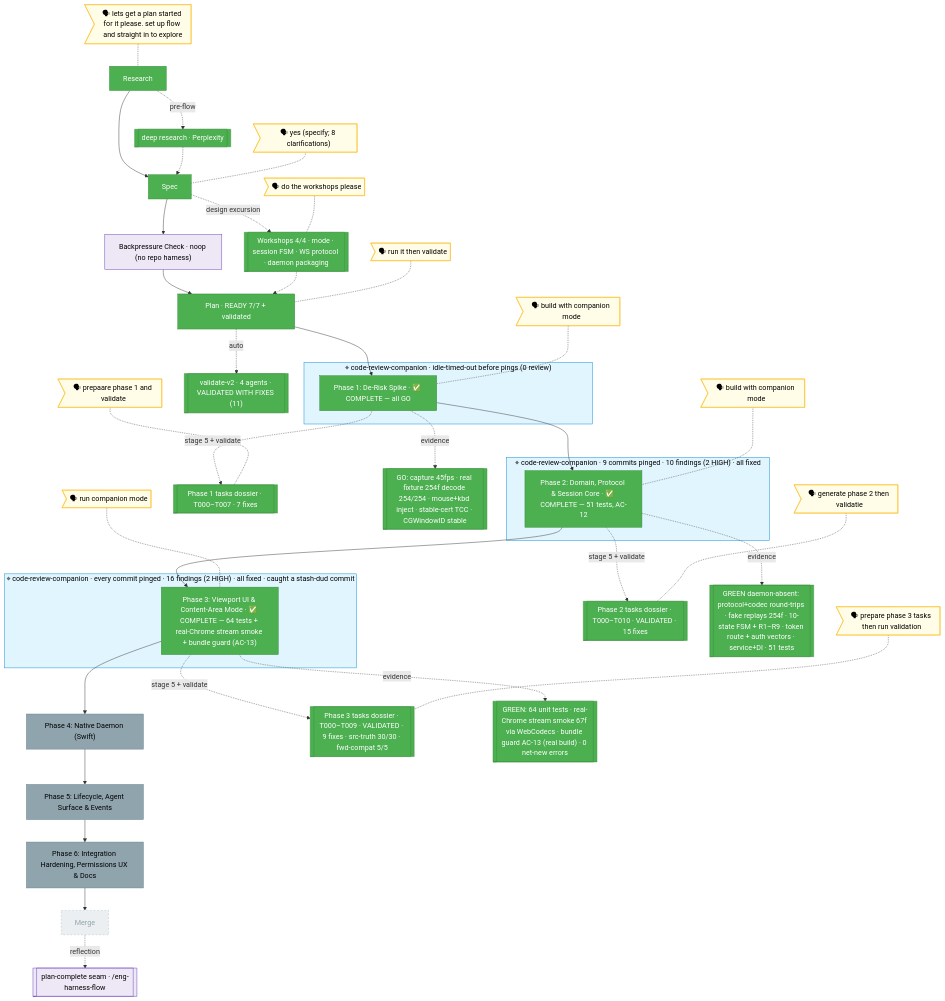
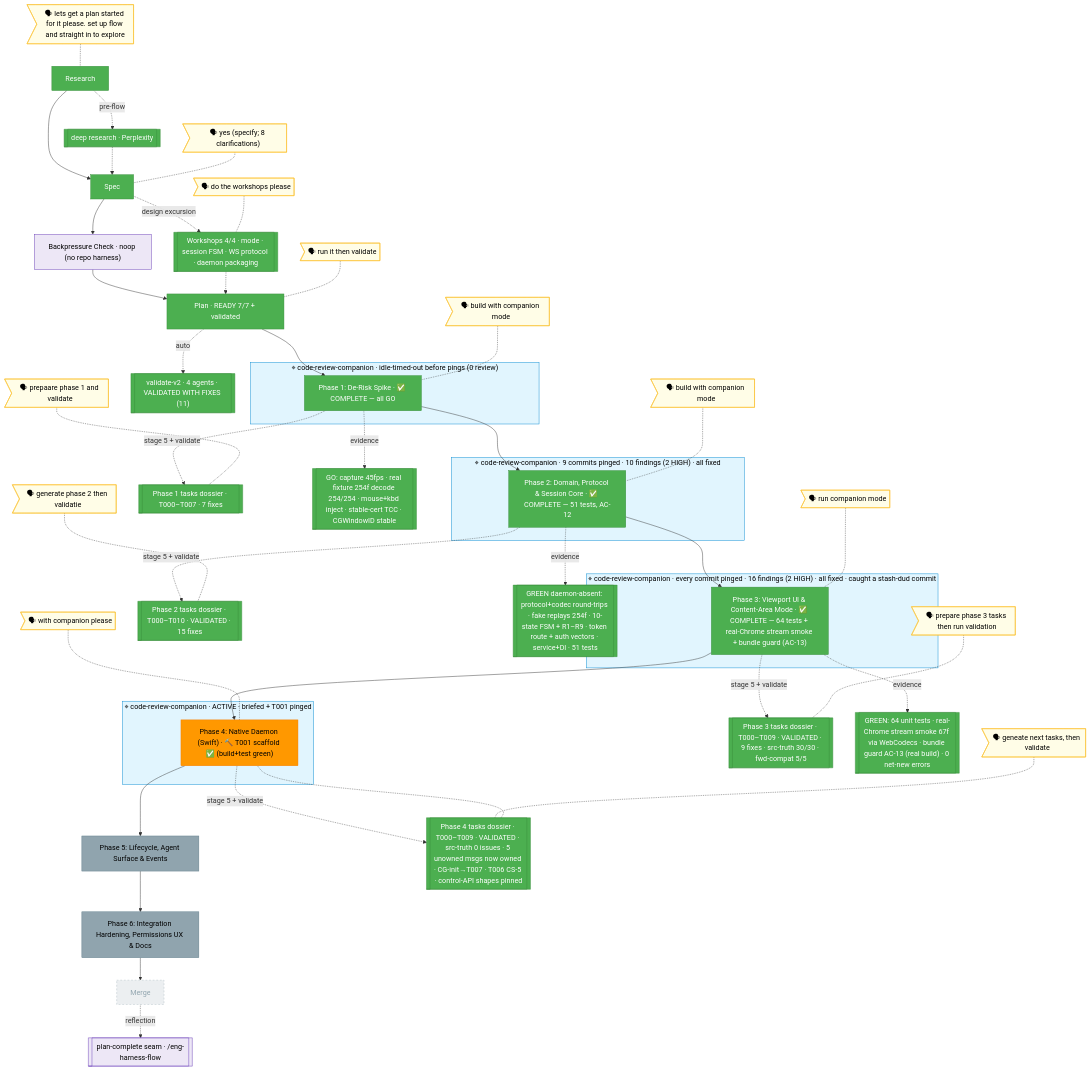
One commit to AI-Substrate/chainglass changed the diagram in docs/plans/088-remote-app-view/the-flow.md. Above: the diagram before and after it, drawn with Mermaid. The commit also changed other lines of this file and 2 other files, not shown here.

Commit message:
docs(remote-view): Phase 4 start — flight-plan + state (companion run 69f6, T001 scaffold) (Plan 088)

````diff
--- a/docs/plans/088-remote-app-view/the-flow.md
+++ b/docs/plans/088-remote-app-view/the-flow.md
@@ -7,65 +7,75 @@
 ```mermaid
 flowchart TD
     classDef done    fill:#4CAF50,stroke:#388E3C,color:#fff
     classDef wip     fill:#FF9800,stroke:#F57C00,color:#000
     classDef blocked fill:#F44336,stroke:#D32F2F,color:#fff
     classDef known   fill:#90A4AE,stroke:#607D8B,color:#000
     classDef assumed fill:#ECEFF1,stroke:#B0BEC5,color:#90A4AE,stroke-dasharray:4 4
     classDef said    fill:#FFFDE7,stroke:#FBC02D,color:#000
     classDef harness fill:#EDE7F6,stroke:#673AB7,color:#000
     classDef companion fill:#E1F5FE,stroke:#0288D1,color:#000
 
     %% ── spine ──
     R[Research]:::done --> S[Spec]:::done --> BP["Backpressure Check · noop (no repo harness)"]:::harness --> PL["Plan · READY 7/7 + validated"]:::done
-    PL --> P1["Phase 1: De-Risk Spike · ✅ COMPLETE — all GO"]:::done --> P2["Phase 2: Domain, Protocol & Session Core · ✅ COMPLETE — 51 tests, AC-12"]:::done --> P3["Phase 3: Viewport UI & Content-Area Mode · ✅ COMPLETE — 64 tests + real-Chrome stream smoke + bundle guard (AC-13)"]:::done --> P4["Phase 4: Native Daemon (Swift)"]:::known --> P5["Phase 5: Lifecycle, Agent Surface & Events"]:::known --> P6["Phase 6: Integration Hardening, Permissions UX & Docs"]:::known --> M[Merge]:::assumed
+    PL --> P1["Phase 1: De-Risk Spike · ✅ COMPLETE — all GO"]:::done --> P2["Phase 2: Domain, Protocol & Session Core · ✅ COMPLETE — 51 tests, AC-12"]:::done --> P3["Phase 3: Viewport UI & Content-Area Mode · ✅ COMPLETE — 64 tests + real-Chrome stream smoke + bundle guard (AC-13)"]:::done --> P4["Phase 4: Native Daemon (Swift) · 🔨 T001 scaffold ✅ (build+test green)"]:::wip --> P5["Phase 5: Lifecycle, Agent Surface & Events"]:::known --> P6["Phase 6: Integration Hardening, Permissions UX & Docs"]:::known --> M[Merge]:::assumed
 
     %% ── companions (each wrapped the phase it was meant to review) ──
     subgraph CW["⌖ code-review-companion · idle-timed-out before pings (0 review)"]
         P1
     end
     class CW companion
     subgraph CW2["⌖ code-review-companion · 9 commits pinged · 10 findings (2 HIGH) · all fixed"]
         P2
     end
     class CW2 companion
 
     %% ── excursions ──
     R -.->|pre-flow| DR[["deep research · Perplexity"]]:::done
     DR -.-> S
     S -.->|design excursion| WS[["Workshops 4/4 · mode · session FSM · WS protocol · daemon packaging"]]:::done
     WS -.-> PL
     PL -.->|auto| V[["validate-v2 · 4 agents · VALIDATED WITH FIXES (11)"]]:::done
     P1 -.->|stage 5 + validate| T1[["Phase 1 tasks dossier · T000–T007 · 7 fixes"]]:::done
     P1 -.->|evidence| EV[["GO: capture 45fps · real fixture 254f decode 254/254 · mouse+kbd inject · stable-cert TCC · CGWindowID stable"]]:::done
     P2 -.->|stage 5 + validate| T2[["Phase 2 tasks dossier · T000–T010 · VALIDATED · 15 fixes"]]:::done
     P2 -.->|evidence| EV2[["GREEN daemon-absent: protocol+codec round-trips · fake replays 254f · 10-state FSM + R1–R9 · token route + auth vectors · service+DI · 51 tests"]]:::done
     P3 -.->|stage 5 + validate| T3[["Phase 3 tasks dossier · T000–T009 · VALIDATED · 9 fixes · src-truth 30/30 · fwd-compat 5/5"]]:::done
     P3 -.->|evidence| EV3[["GREEN: 64 unit tests · real-Chrome stream smoke 67f via WebCodecs · bundle guard AC-13 (real build) · 0 net-new errors"]]:::done
     subgraph CW3["⌖ code-review-companion · every commit pinged · 16 findings (2 HIGH) · all fixed · caught a stash-dud commit"]
         P3
     end
     class CW3 companion
     UB3>"🗣 run companion mode"]:::said
     UB3 -.- P3
+    subgraph CW4["⌖ code-review-companion · ACTIVE · briefed + T001 pinged"]
+        P4
+    end
+    class CW4 companion
+    UB4>"🗣 with companion please"]:::said
+    UB4 -.- P4
+    P4 -.->|stage 5 + validate| T4[["Phase 4 tasks dossier · T000–T009 · VALIDATED · src-truth 0 issues · 5 unowned msgs now owned · CG-init→T007 · T006 CS-5 · control-API shapes pinned"]]:::done
+    T4 -.- P4
     M -.->|reflection| HH[["plan-complete seam · /eng-harness-flow"]]:::harness
 
     %% ── verbatim user-said bubbles ──
     UR>"🗣 lets get a plan started for it please. set up flow and straight in to explore"]:::said
     UR -.- R
     US>"🗣 yes (specify; 8 clarifications)"]:::said
     US -.- S
     UW>"🗣 do the workshops please"]:::said
     UW -.- WS
     UP>"🗣 run it then validate"]:::said
     UP -.- PL
     UT>"🗣 prepaare phase 1 and validate"]:::said
     UT -.- T1
     UB>"🗣 build with companion mode"]:::said
     UB -.- P1
     UG>"🗣 generate phase 2 then validatie"]:::said
     UG -.- T2
     UB2>"🗣 build with companion mode"]:::said
     UB2 -.- P2
     UT3>"🗣 prepare phase 3 tasks then run validation"]:::said
     UT3 -.- T3
+    UT4>"🗣 geneate next tasks, then validate"]:::said
+    UT4 -.- T4
 ```
````
